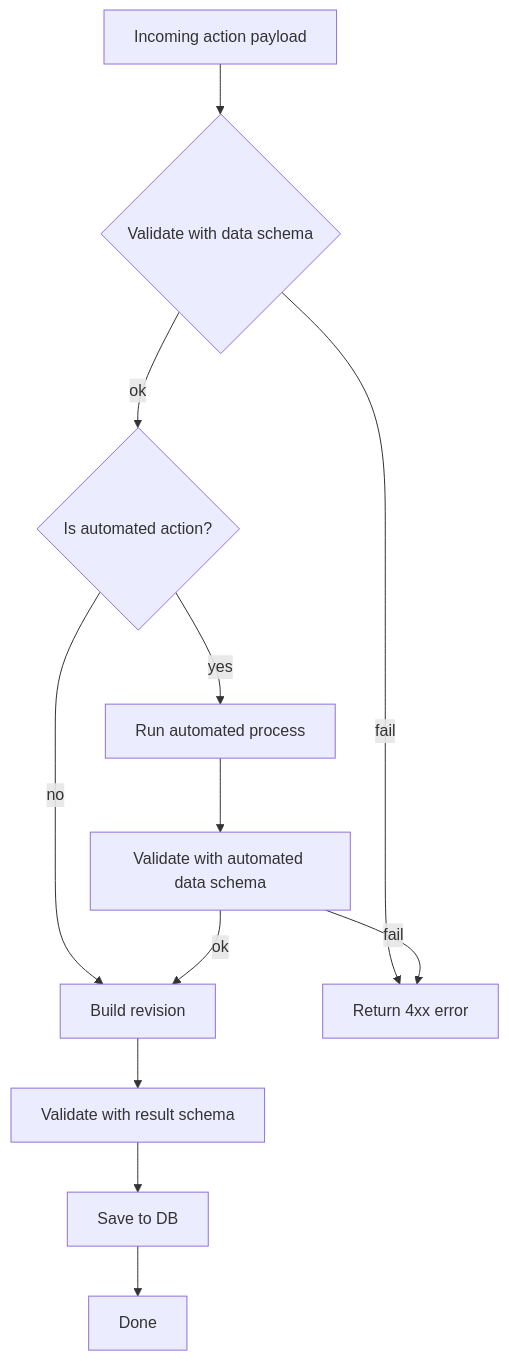
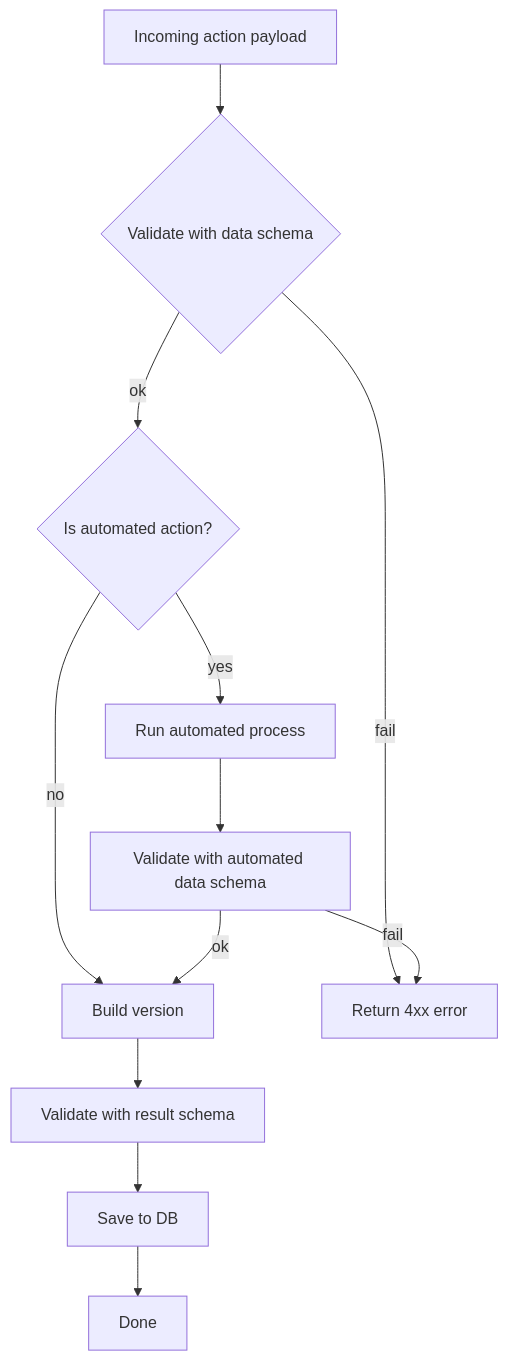
The third of 3 diagrams in kobo/apps/subsequences/README.md (kobotoolbox/kpi), drawn with Mermaid before and after one commit. The commit also changed other lines of this file and 16 other files, not shown here.

````diff
--- a/kobo/apps/subsequences/README.md
+++ b/kobo/apps/subsequences/README.md
@@ -201,25 +201,25 @@
 ```mermaid
 flowchart TB
   A[Incoming action payload]
   B{Validate with data schema}
   C{Is automated action?}
-  D[Build revision]
+  D[Build version]
   G[Validate with result schema]
   H[Save to DB]
   I[Done]
   F[Run automated process]
   J[Validate with automated data schema]
   E[Return 4xx error]
 
   A --> B
   B -->|fail| E
   B -->|ok| C
   C -->|no| D
   D --> G
   G --> H
   H --> I
   C -->|yes| F
   F --> J
   J -->|fail| E
   J -->|ok| D
 ```
````
